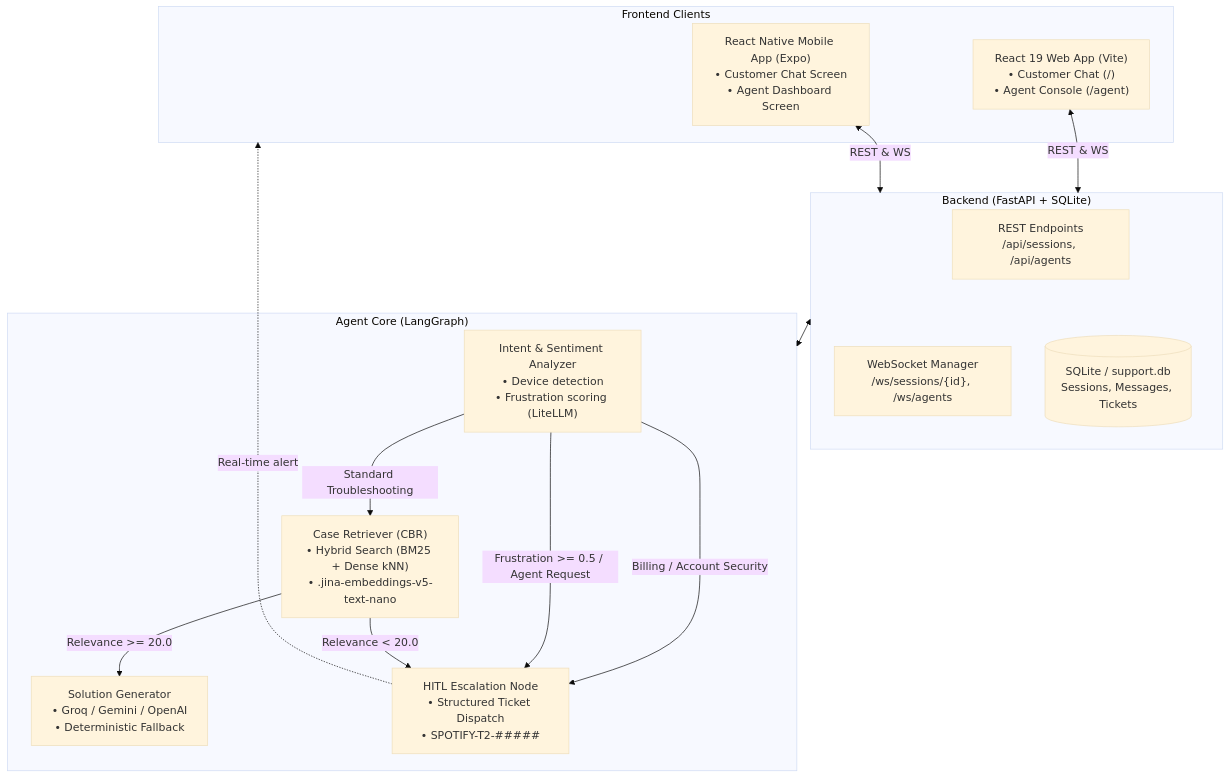
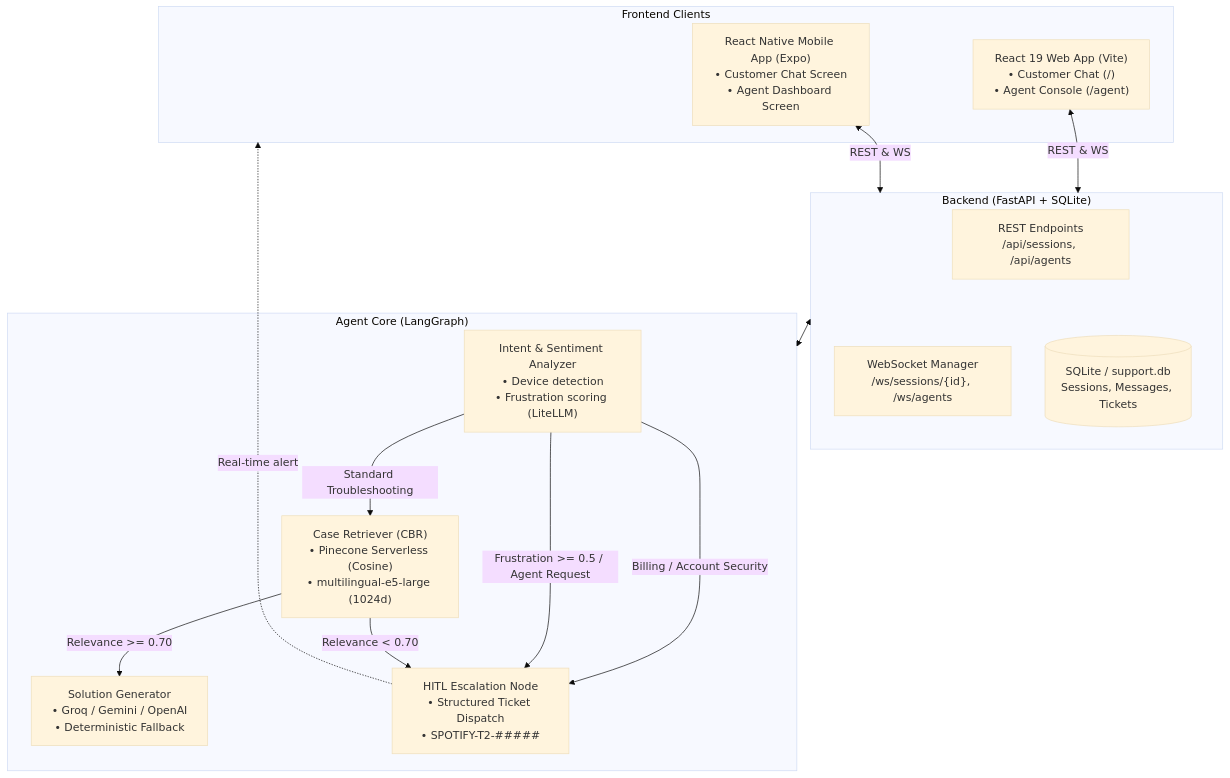
Before and after one commit to Ahad-23/spotify_customer_support_agent: the diagram in README.md, drawn with Mermaid (base theme). The commit also changed other lines of this file and 10 other files, not shown here.

Commit message:
feat(rag): migrate from Elasticsearch to Pinecone Serverless and cleanup dependencies

````diff
--- a/README.md
+++ b/README.md
@@ -9,32 +9,32 @@
 ```mermaid
 flowchart TD
     subgraph Clients["Frontend Clients"]
         WEB["React 19 Web App (Vite)\n• Customer Chat (/)\n• Agent Console (/agent)"]
         MOB["React Native Mobile App (Expo)\n• Customer Chat Screen\n• Agent Dashboard Screen"]
     end
 
     subgraph API["Backend (FastAPI + SQLite)"]
         REST["REST Endpoints\n/api/sessions, /api/agents"]
         WS["WebSocket Manager\n/ws/sessions/{id}, /ws/agents"]
         DB[(SQLite / support.db\nSessions, Messages, Tickets)]
     end
 
     subgraph Core["Agent Core (LangGraph)"]
         IA["Intent & Sentiment Analyzer\n• Device detection\n• Frustration scoring (LiteLLM)"]
-        CR["Case Retriever (CBR)\n• Hybrid Search (BM25 + Dense kNN)\n• .jina-embeddings-v5-text-nano"]
+        CR["Case Retriever (CBR)\n• Pinecone Serverless (Cosine)\n• multilingual-e5-large (1024d)"]
         SG["Solution Generator\n• Groq / Gemini / OpenAI\n• Deterministic Fallback"]
         HITL["HITL Escalation Node\n• Structured Ticket Dispatch\n• SPOTIFY-T2-#####"]
     end
 
     WEB <-->|REST & WS| API
     MOB <-->|REST & WS| API
     API <--> Core
     API --- DB
 
     IA -->|Billing / Account Security| HITL
     IA -->|Frustration >= 0.5 / Agent Request| HITL
     IA -->|Standard Troubleshooting| CR
-    CR -->|Relevance < 20.0| HITL
-    CR -->|Relevance >= 20.0| SG
+    CR -->|Relevance < 0.70| HITL
+    CR -->|Relevance >= 0.70| SG
     HITL -.->|Real-time alert| Clients
 ```
````
